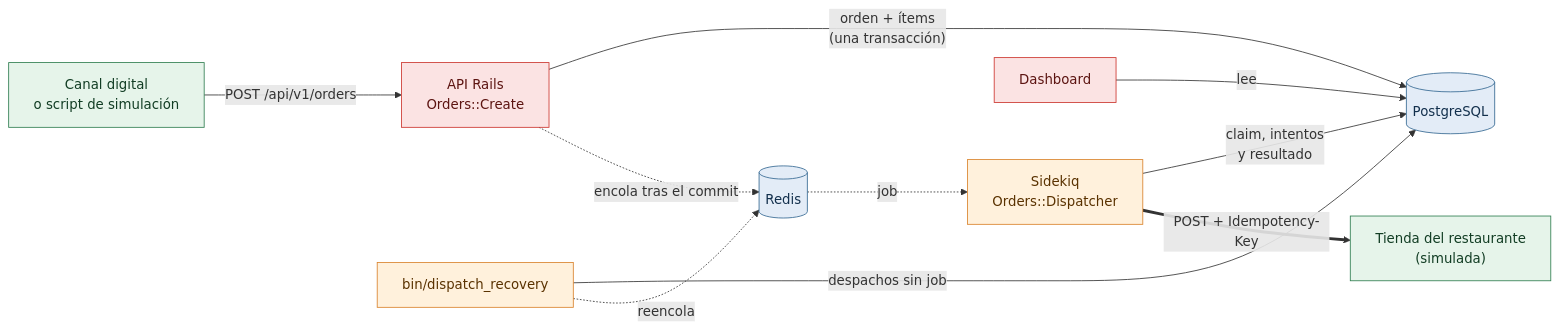
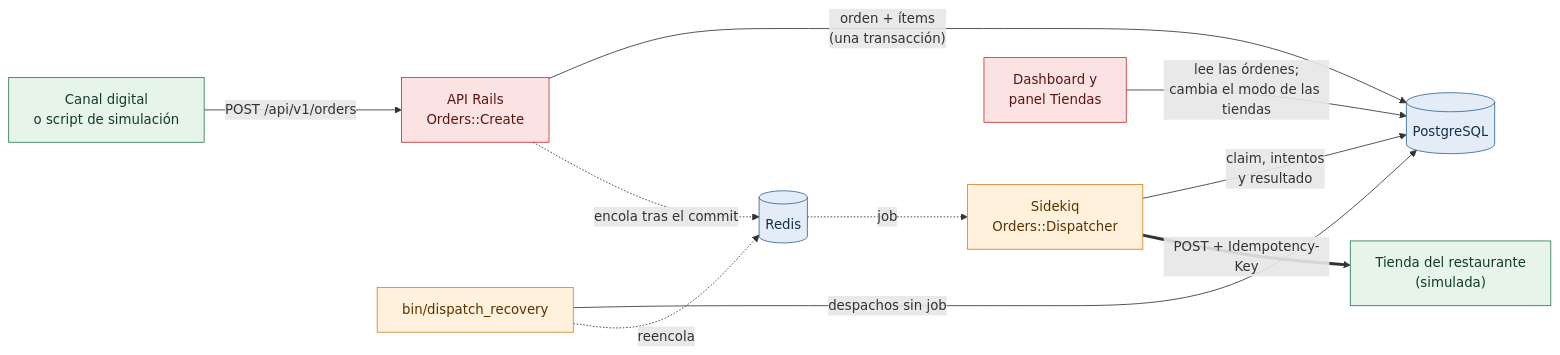
Before and after one commit to cristianrojasalexan/niufoods-orders: the diagram in README.md, drawn with Mermaid. The commit also changed other lines of this file and 4 other files, not shown here.

First line of the commit message:
docs: final review of accuracy, wording and diagrams

````diff
--- a/README.md
+++ b/README.md
@@ -72,21 +72,21 @@
 ```mermaid
 flowchart LR
     channel["Canal digital<br/>o script de simulación"] -- "POST /api/v1/orders" --> api["API Rails<br/>Orders::Create"]
     api -- "orden + ítems<br/>(una transacción)" --> pg[("PostgreSQL")]
     api -. "encola tras el commit" .-> redis[("Redis")]
     redis -. "job" .-> worker["Sidekiq<br/>Orders::Dispatcher"]
     worker -- "claim, intentos<br/>y resultado" --> pg
     worker == "POST + Idempotency-Key" ==> store["Tienda del restaurante<br/>(simulada)"]
     recovery["bin/dispatch_recovery"] -- "despachos sin job" --> pg
     recovery -. "reencola" .-> redis
-    dash["Dashboard"] -- "lee" --> pg
+    dash["Dashboard y<br/>panel Tiendas"] -- "lee las órdenes;<br/>cambia el modo de las tiendas" --> pg
 
     classDef rails fill:#fbe3e3,stroke:#cc342d,color:#5c1411
     classDef storage fill:#e3ecf7,stroke:#336791,color:#13304d
     classDef job fill:#fff1dc,stroke:#d9822b,color:#5a3200
     classDef ext fill:#e6f4ea,stroke:#2e7d4f,color:#123d24
     class api,dash rails
     class pg,redis storage
     class worker,recovery job
     class channel,store ext
 ```
````
